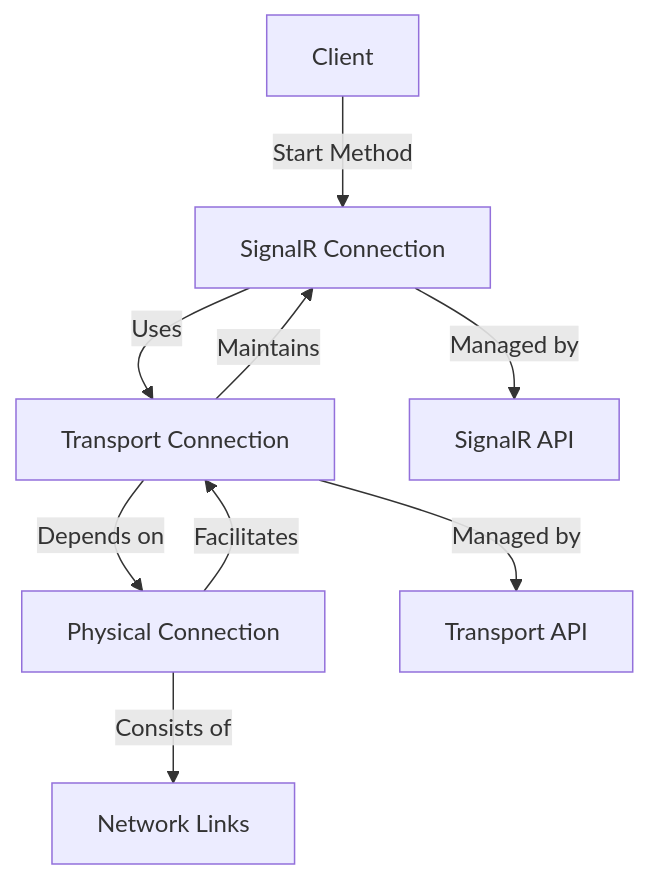
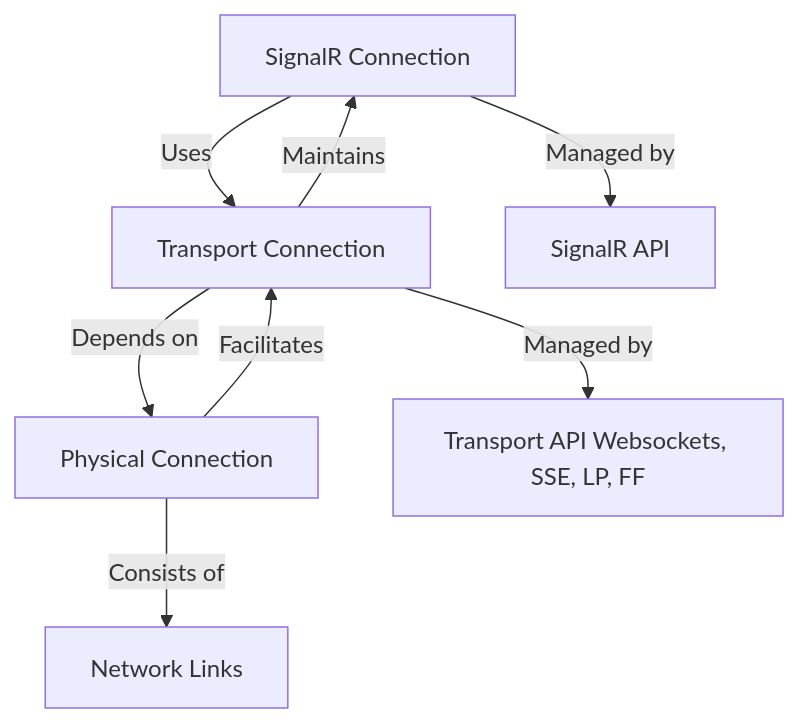
The first of 2 diagrams in docs/SignalR/ConnectionLifetimeEvents.md (devshank3/SignalRKB), drawn with Mermaid before and after one commit. The commit also changed other lines of this file, not shown here.

Commit message:
Refine ConnectionLifetimeEvents.md diagrams for clarity and update descriptions

````diff
--- a/docs/SignalR/ConnectionLifetimeEvents.md
+++ b/docs/SignalR/ConnectionLifetimeEvents.md
@@ -22,11 +22,10 @@
 ```mermaid
 graph TD
-    A[Client] -->|Start Method| B[SignalR Connection]
-    B -->|Uses| C[Transport Connection]
+    B[SignalR Connection]-->|Uses| C[Transport Connection]
     C -->|Depends on| D[Physical Connection]
     D -->|Facilitates| C
     C -->|Maintains| B
     B -->|Managed by| E[SignalR API]
-    C -->|Managed by| F[Transport API]
+    C -->|Managed by| F[Transport API Websockets, SSE, LP, FF]
     D -->|Consists of| G[Network Links]
 ```
````
